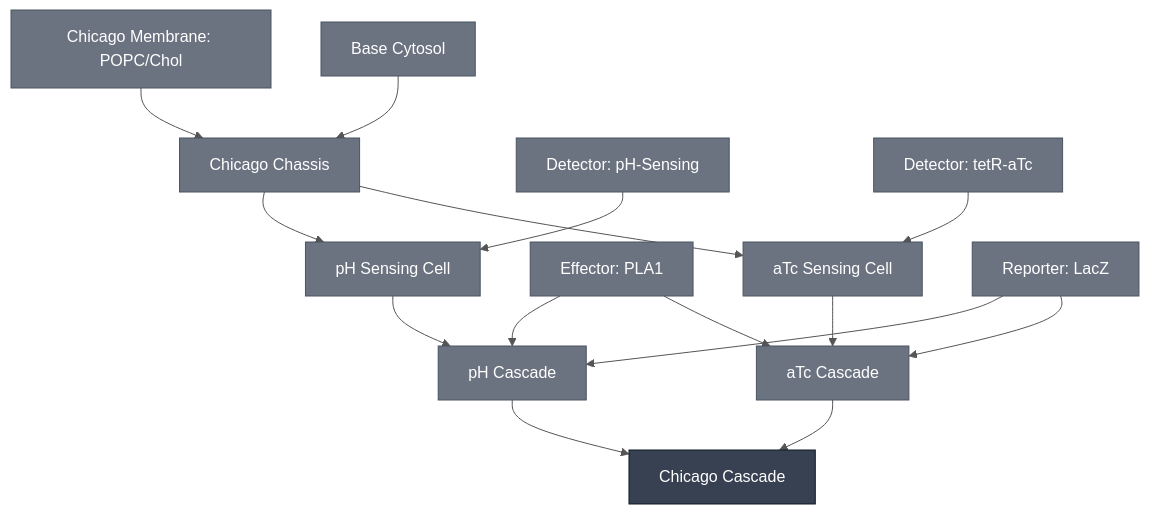
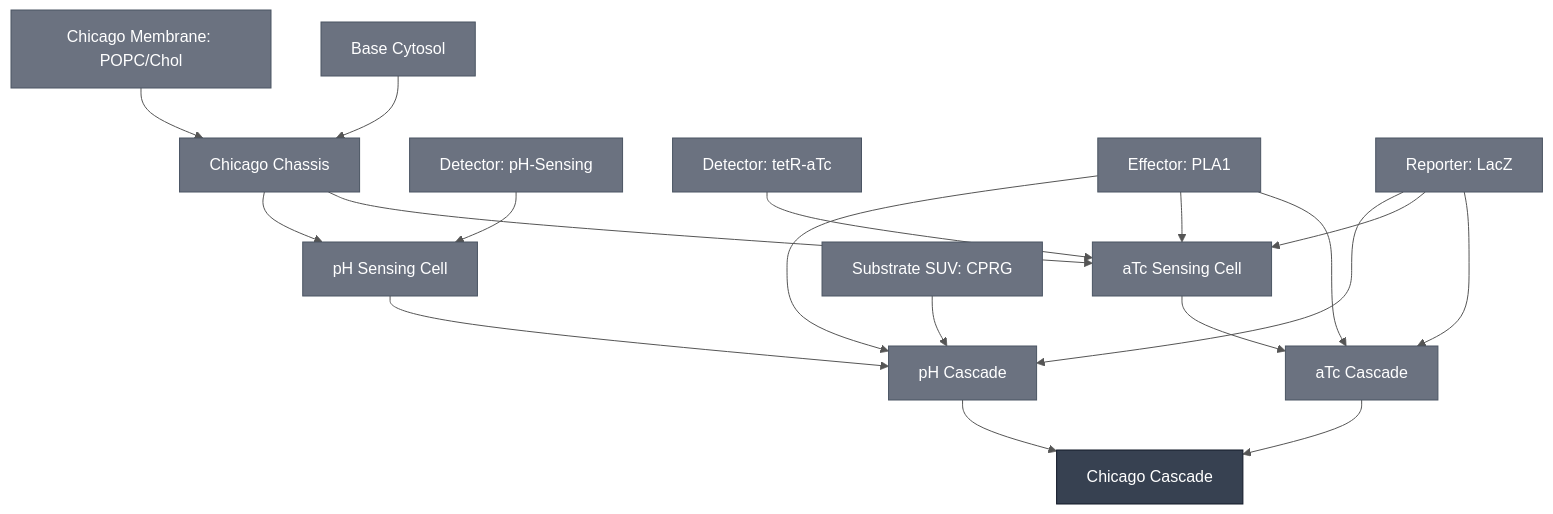
Before and after one commit to nucleus-eng/nucleus-docs: the diagram in docs/modules/chicago-cascade/spec.md, drawn with Mermaid. The commit also changed other lines of this file and 7 other files, not shown here.

````diff
--- a/docs/modules/chicago-cascade/spec.md
+++ b/docs/modules/chicago-cascade/spec.md
@@ -64,49 +39,54 @@
 ```mermaid
 %%{init: {'theme': 'base', 'themeVariables': {'lineColor': '#555555', 'edgeLabelBackground': '#ffffff'}}}%%
 flowchart TD
     ATC_CASCADE["aTc Cascade"]
     ATC_SENSING_CELL["aTc Sensing Cell"]
     BASE_CYTOSOL["Base Cytosol"]
     CHICAGO_CASCADE["Chicago Cascade"]
     CHICAGO_CHASSIS["Chicago Chassis"]
     DETECTOR_PH["Detector: pH-Sensing"]
     DETECTOR_TETR_ATC["Detector: tetR-aTc"]
     EFFECTOR_PLA1["Effector: PLA1"]
     MEMBRANE_POPC_CHOL_CHICAGO["Chicago Membrane: POPC/Chol"]
     PH_CASCADE["pH Cascade"]
     PH_SENSING_CELL["pH Sensing Cell"]
     REPORTER_LACZ["Reporter: LacZ"]
+    SUBSTRATE_CPRG_SUV["Substrate SUV: CPRG"]
 
     ATC_SENSING_CELL --> ATC_CASCADE
     EFFECTOR_PLA1 --> ATC_CASCADE
     REPORTER_LACZ --> ATC_CASCADE
     CHICAGO_CHASSIS --> ATC_SENSING_CELL
     DETECTOR_TETR_ATC --> ATC_SENSING_CELL
+    EFFECTOR_PLA1 --> ATC_SENSING_CELL
+    REPORTER_LACZ --> ATC_SENSING_CELL
     ATC_CASCADE --> CHICAGO_CASCADE
     PH_CASCADE --> CHICAGO_CASCADE
     BASE_CYTOSOL --> CHICAGO_CHASSIS
     MEMBRANE_POPC_CHOL_CHICAGO --> CHICAGO_CHASSIS
     PH_SENSING_CELL --> PH_CASCADE
     EFFECTOR_PLA1 --> PH_CASCADE
     REPORTER_LACZ --> PH_CASCADE
+    SUBSTRATE_CPRG_SUV --> PH_CASCADE
     CHICAGO_CHASSIS --> PH_SENSING_CELL
     DETECTOR_PH --> PH_SENSING_CELL
 
     classDef constituent fill:#6B7280,color:#ffffff,stroke:#4B5563;
     classDef this fill:#374151,color:#ffffff,stroke:#111827;
-    class ATC_CASCADE,ATC_SENSING_CELL,BASE_CYTOSOL,CHICAGO_CHASSIS,DETECTOR_PH,DETECTOR_TETR_ATC,EFFECTOR_PLA1,MEMBRANE_POPC_CHOL_CHICAGO,PH_CASCADE,PH_SENSING_CELL,REPORTER_LACZ constituent;
+    class ATC_CASCADE,ATC_SENSING_CELL,BASE_CYTOSOL,CHICAGO_CHASSIS,DETECTOR_PH,DETECTOR_TETR_ATC,EFFECTOR_PLA1,MEMBRANE_POPC_CHOL_CHICAGO,PH_CASCADE,PH_SENSING_CELL,REPORTER_LACZ,SUBSTRATE_CPRG_SUV constituent;
     class CHICAGO_CASCADE this;
 
     click ATC_CASCADE "/docs/modules/atc-cascade/spec"
     click ATC_SENSING_CELL "/docs/modules/atc-sensing-cell/spec"
     click BASE_CYTOSOL "/docs/modules/base-cytosol/spec"
     click CHICAGO_CASCADE "/docs/modules/chicago-cascade/spec"
     click CHICAGO_CHASSIS "/docs/modules/chicago-chassis/spec"
     click DETECTOR_PH "/docs/modules/detector-ph/spec"
     click DETECTOR_TETR_ATC "/docs/modules/detector-tetr-atc/spec"
     click EFFECTOR_PLA1 "/docs/modules/effector-pla1/spec"
     click MEMBRANE_POPC_CHOL_CHICAGO "/docs/modules/membrane-popc-chol-chicago/spec"
     click PH_CASCADE "/docs/modules/ph-cascade/spec"
     click PH_SENSING_CELL "/docs/modules/ph-sensing-cell/spec"
     click REPORTER_LACZ "/docs/modules/reporter-lacz/spec"
+    click SUBSTRATE_CPRG_SUV "/docs/modules/substrate-cprg-suv/spec"
 ```
````
